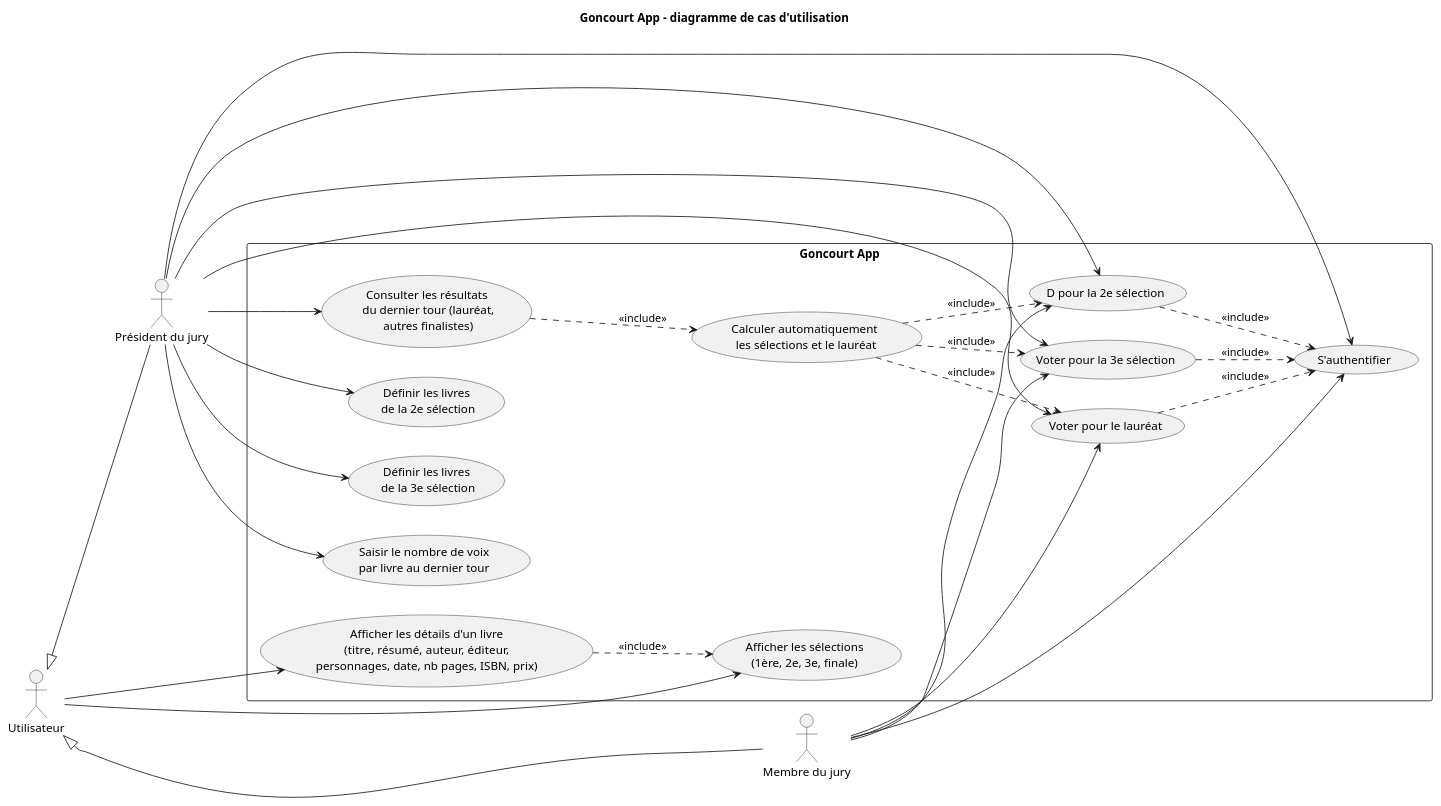
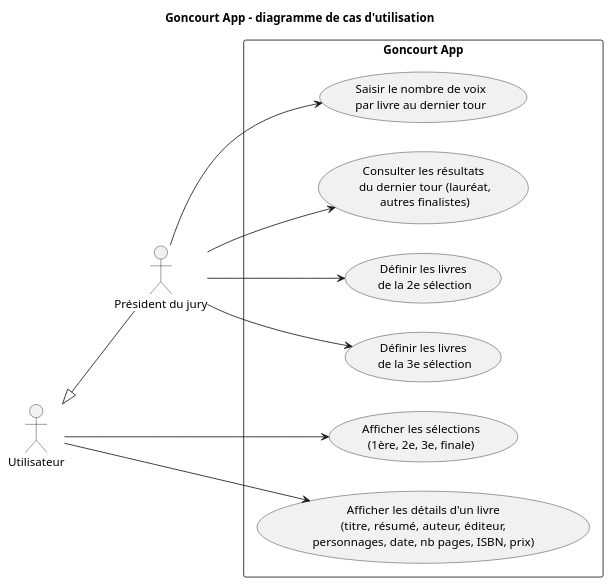
The diagram in docs/uml/use-case.puml (remicampistron512/goncourt-app), drawn with PlantUML before and after one commit. The commit also changed 4 other files, not shown here.

```diff
--- a/docs/uml/use-case.puml
+++ b/docs/uml/use-case.puml
@@ -1,79 +1,52 @@
 @startuml
 title Goncourt App - diagramme de cas d'utilisation
 
 left to right direction
 
 ' --- Acteurs ---
 actor "Utilisateur" as User
 actor "Président du jury" as President
-actor "Membre du jury" as JuryMember
+
 
 ' --- Spécialisation : le président et les membres du jury sont aussi des utilisateurs ---
 User <|-- President
-User <|-- JuryMember
+
 
 ' --- Système ---
 rectangle "Goncourt App" as System {
 
   ' --- Cas d’utilisation ouverts à tout utilisateur ---
   usecase "Afficher les sélections\n(1ère, 2e, 3e, finale)" as UC_ViewSelections
   usecase "Afficher les détails d'un livre\n(titre, résumé, auteur, éditeur,\npersonnages, date, nb pages, ISBN, prix)" as UC_ViewBookDetails
 
-  ' --- Cas d’utilisation réservés au Président (saisie manuelle) ---
+  ' --- Cas d’utilisation réservé au Président (saisie manuelle) ---
   usecase "Définir les livres\n de la 2e sélection" as UC_SetSecondSelection
   usecase "Définir les livres\n de la 3e sélection" as UC_SetThirdSelection
   usecase "Saisir le nombre de voix\npar livre au dernier tour" as UC_SetFinalVotes
   usecase "Consulter les résultats\n du dernier tour (lauréat,\n autres finalistes)" as UC_ViewFinalResults
 
-  ' --- Cas d’utilisation futurs : authentification & vote membres ---
-  usecase "S'authentifier" as UC_Authenticate
-  usecase "D pour la 2e sélection" as UC_VoteSecond
-  usecase "Voter pour la 3e sélection" as UC_VoteThird
-  usecase "Voter pour le lauréat" as UC_VoteWinner
-  usecase "Calculer automatiquement\n les sélections et le lauréat" as UC_ComputeResults
+
 }
 
 ' --- Relations acteurs / cas d’utilisation ---
 
 ' Utilisateur générique
 User --> UC_ViewSelections
 User --> UC_ViewBookDetails
 
 ' Président du jury (mode actuel : saisie manuelle)
 President --> UC_SetSecondSelection
 President --> UC_SetThirdSelection
 President --> UC_SetFinalVotes
 President --> UC_ViewFinalResults
 
-' Président / Membre du jury (mode futur avec authentification et vote)
-President --> UC_Authenticate
-JuryMember --> UC_Authenticate
 
-JuryMember --> UC_VoteSecond
-JuryMember --> UC_VoteThird
-JuryMember --> UC_VoteWinner
 
-' Le président pourra aussi voter dans le futur si souhaité
-President --> UC_VoteSecond
-President --> UC_VoteThird
-President --> UC_VoteWinner
 
-' --- Relations entre cas d’utilisation ---
 
-UC_ViewBookDetails ..> UC_ViewSelections : <<include>>
 
-' Les cas de vote nécessitent l'authentification
-UC_VoteSecond ..> UC_Authenticate : <<include>>
-UC_VoteThird ..> UC_Authenticate : <<include>>
-UC_VoteWinner ..> UC_Authenticate : <<include>>
 
-' Le calcul automatique des résultats dépend des votes saisis
-UC_ComputeResults ..> UC_VoteSecond : <<include>>
-UC_ComputeResults ..> UC_VoteThird : <<include>>
-UC_ComputeResults ..> UC_VoteWinner : <<include>>
 
-' La consultation des résultats finaux peut, dans le futur,
-' reposer sur le calcul automatique plutôt que sur une saisie manuelle
-UC_ViewFinalResults ..> UC_ComputeResults : <<include>>
+
 
 @enduml
```
